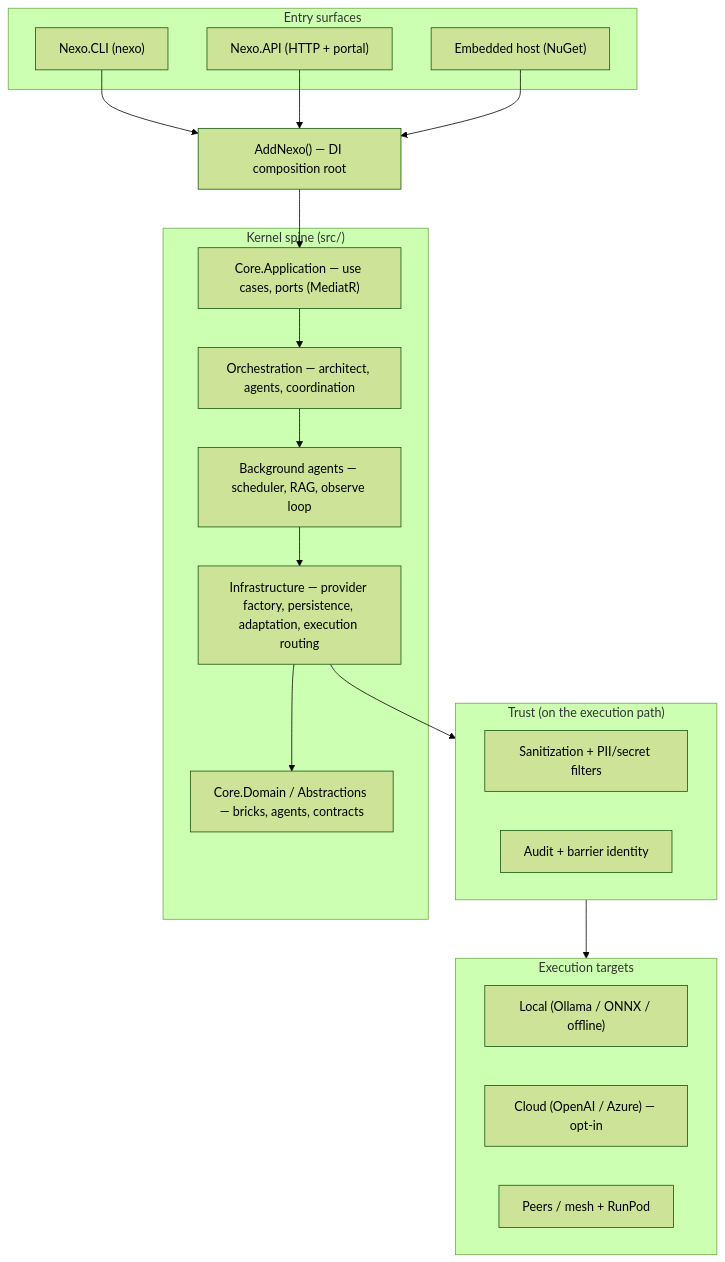
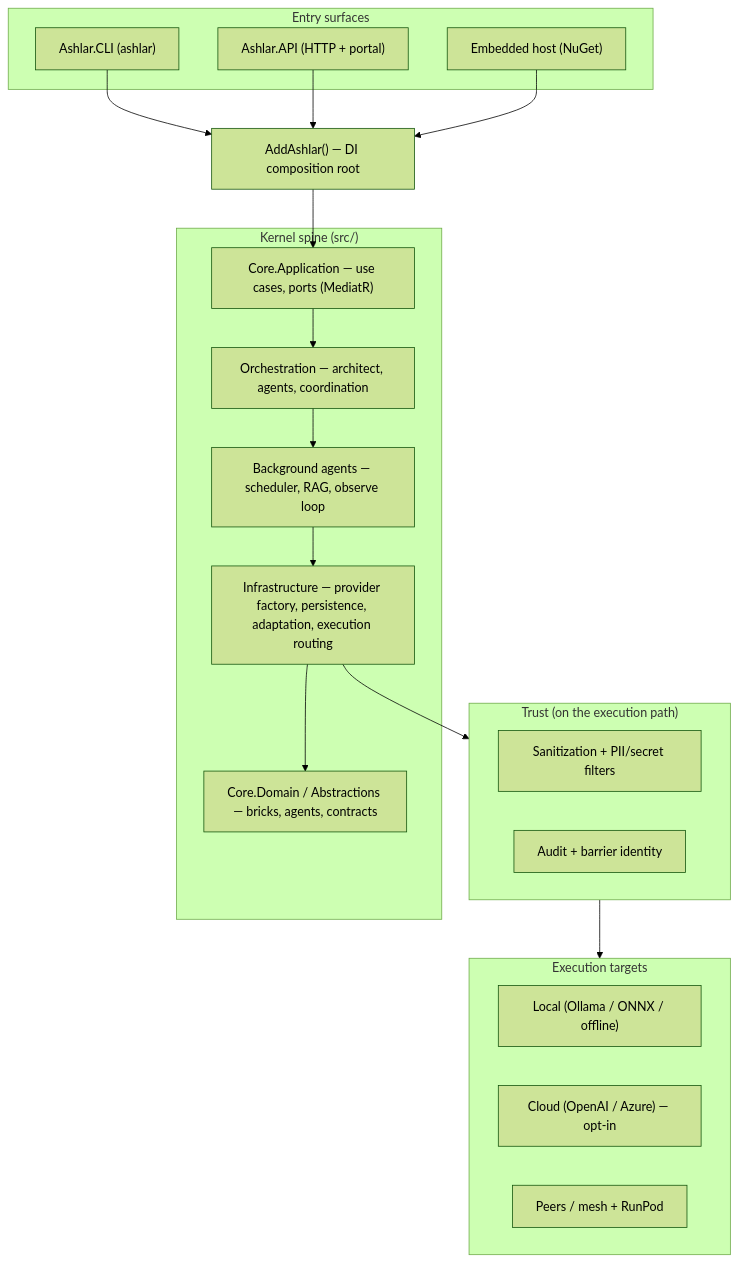
The diagram in README.md (IanFrelinger/Nexo), drawn with Mermaid (forest theme) before and after one commit. The commit also changed other lines of this file and 7607 other files, not shown here.

First line of the commit message:
refactor: rename Nexo -> Ashlar across the repository

````diff
--- a/README.md
+++ b/README.md
@@ -30,36 +30,36 @@
 ```mermaid
 flowchart TB
     subgraph Surfaces["Entry surfaces"]
-        CLI["Nexo.CLI (nexo)"]
-        API["Nexo.API (HTTP + portal)"]
+        CLI["Ashlar.CLI (ashlar)"]
+        API["Ashlar.API (HTTP + portal)"]
         EMBED["Embedded host (NuGet)"]
     end
 
-    ADD["AddNexo() — DI composition root"]
+    ADD["AddAshlar() — DI composition root"]
 
     subgraph Kernel["Kernel spine (src/)"]
         APPUC["Core.Application — use cases, ports (MediatR)"]
         ORCH["Orchestration — architect, agents, coordination"]
         BG["Background agents — scheduler, RAG, observe loop"]
         INFRA["Infrastructure — provider factory, persistence, adaptation, execution routing"]
         DOMAIN["Core.Domain / Abstractions — bricks, agents, contracts"]
     end
 
     subgraph Trust["Trust (on the execution path)"]
         SAN["Sanitization + PII/secret filters"]
         AUDIT["Audit + barrier identity"]
     end
 
     subgraph Targets["Execution targets"]
         LOCAL["Local (Ollama / ONNX / offline)"]
         CLOUD["Cloud (OpenAI / Azure) — opt-in"]
         PEER["Peers / mesh + RunPod"]
     end
 
     CLI --> ADD
     API --> ADD
     EMBED --> ADD
     ADD --> APPUC --> ORCH --> BG --> INFRA --> DOMAIN
     INFRA --> Trust
     Trust --> Targets
 ```
````
